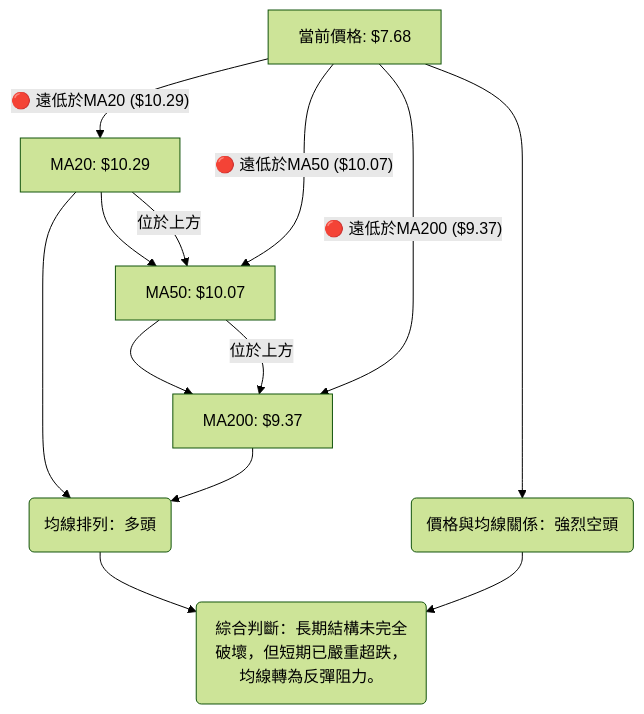
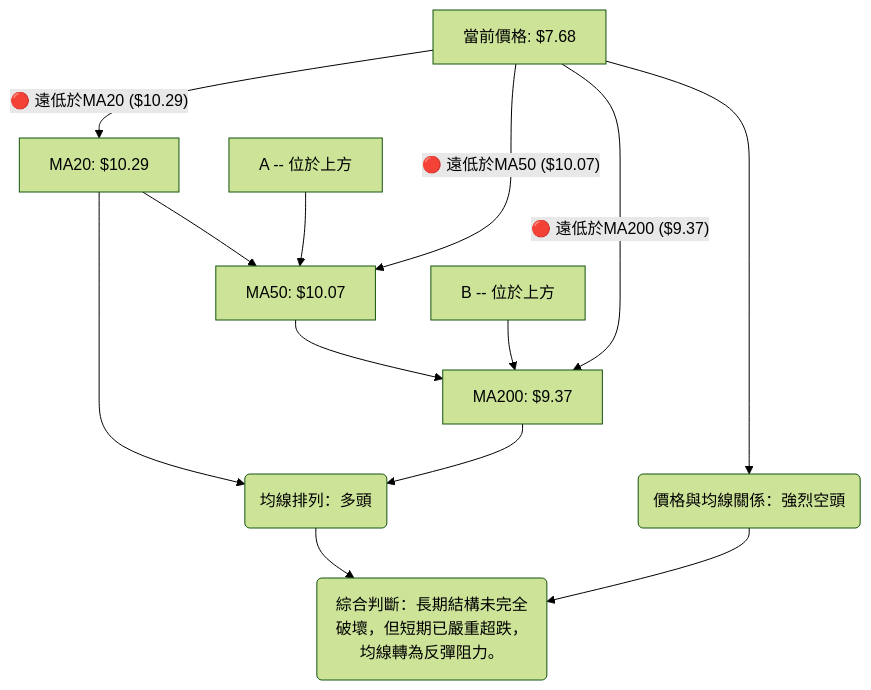
Before and after one commit to yennanliu/finance_data: the seventh of 12 diagrams in ai_gen_report/stock/onds/technical_analysis_2026-06-26_gemini.md, drawn with Mermaid (forest theme). The commit also changed other lines of this file and 2258 other files, not shown here.

First line of the commit message:
chore: backfill Mermaid syntax repair across existing reports

````diff
--- a/ai_gen_report/stock/onds/technical_analysis_2026-06-26_gemini.md
+++ b/ai_gen_report/stock/onds/technical_analysis_2026-06-26_gemini.md
@@ -400,16 +400,16 @@
 ```mermaid
 graph TD
-    A[MA20: $10.29] --> B[MA50: $10.07]
-    B --> C[MA200: $9.37]
-    A -- 位於上方 --> B
-    B -- 位於上方 --> C
-    D[當前價格: $7.68]
+    A["MA20: $10.29"] --> B["MA50: $10.07"]
+    B --> C["MA200: $9.37"]
+    nb1["A -- 位於上方"] --> B
+    nb2["B -- 位於上方"] --> C
+    D["當前價格: $7.68"]
     D -- 🔴 遠低於MA20 ($10.29) --> A
     D -- 🔴 遠低於MA50 ($10.07) --> B
     D -- 🔴 遠低於MA200 ($9.37) --> C
-    A --> E(均線排列：多頭)
+    A --> E("均線排列：多頭")
     C --> E
-    D --> F(價格與均線關係：強烈空頭)
-    E --> G(綜合判斷：長期結構未完全破壞，但短期已嚴重超跌，均線轉為反彈阻力。)
+    D --> F("價格與均線關係：強烈空頭")
+    E --> G("綜合判斷：長期結構未完全破壞，但短期已嚴重超跌，均線轉為反彈阻力。")
     F --> G
 ```
````
